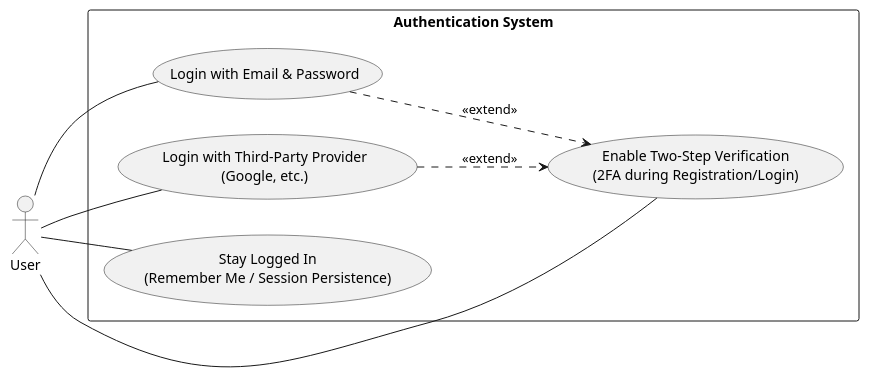
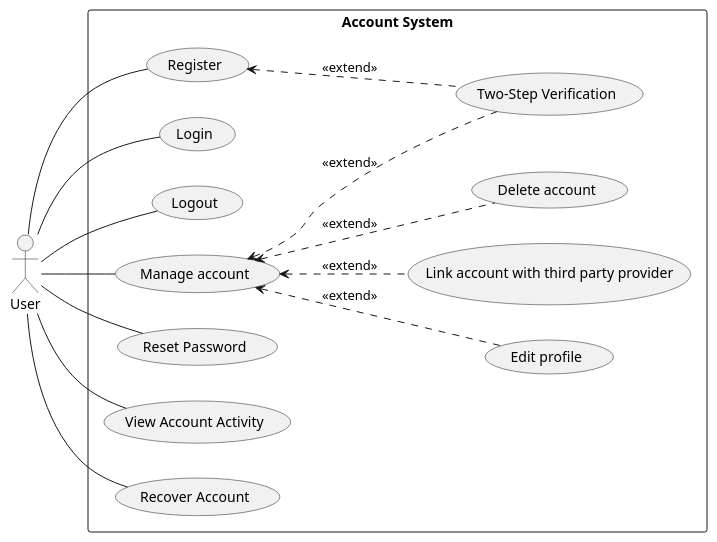
Before and after one commit to electricilies/electricilies.github.io: the second of 2 diagrams in docs/docs/usecase/user.md, drawn with PlantUML. The commit also changed other lines of this file and 4 other files, not shown here.

````diff
--- a/docs/docs/usecase/user.md
+++ b/docs/docs/usecase/user.md
@@ -29,23 +29,36 @@
 ```plantuml
 @startuml
 left to right direction
 
 actor User
 
-rectangle "Authentication System" {
-  usecase UC1 as "Login with Email & Password"
-  usecase UC2 as "Login with Third-Party Provider\n(Google, etc.)"
-  usecase UC3 as "Stay Logged In\n(Remember Me / Session Persistence)"
-  usecase UC4 as "Enable Two-Step Verification\n(2FA during Registration/Login)"
+rectangle "Account System" {
+  usecase UC01 as "Register"
+  usecase UC02 as "Login"
+  usecase UC03 as "Logout"
+  usecase UC04 as "Two-Step Verification"
+  usecase UC05 as "Manage account"
+  usecase UC06 as "Edit profile"
+  usecase UC07 as "Link account with third party provider"
+  usecase UC08 as "Delete account"
+  usecase UC09 as "Reset Password"
+  usecase UC10 as "View Account Activity"
+  usecase UC11 as "Recover Account"
 }
 
-User -- UC1
-User -- UC2
-User -- UC3
-User -- UC4
+User -- UC01
+User -- UC02
+User -- UC03
+User -- UC05
+User -- UC09
+User -- UC10
+User -- UC11
 
-UC1 ..> UC4 : <<extend>>
-UC2 ..> UC4 : <<extend>>
+UC01 <.. UC04 : <<extend>>
+UC05 <.. UC04 : <<extend>>
+UC05 <.. UC06 : <<extend>>
+UC05 <.. UC07 : <<extend>>
+UC05 <.. UC08 : <<extend>>
 
 @enduml
 ```
````
